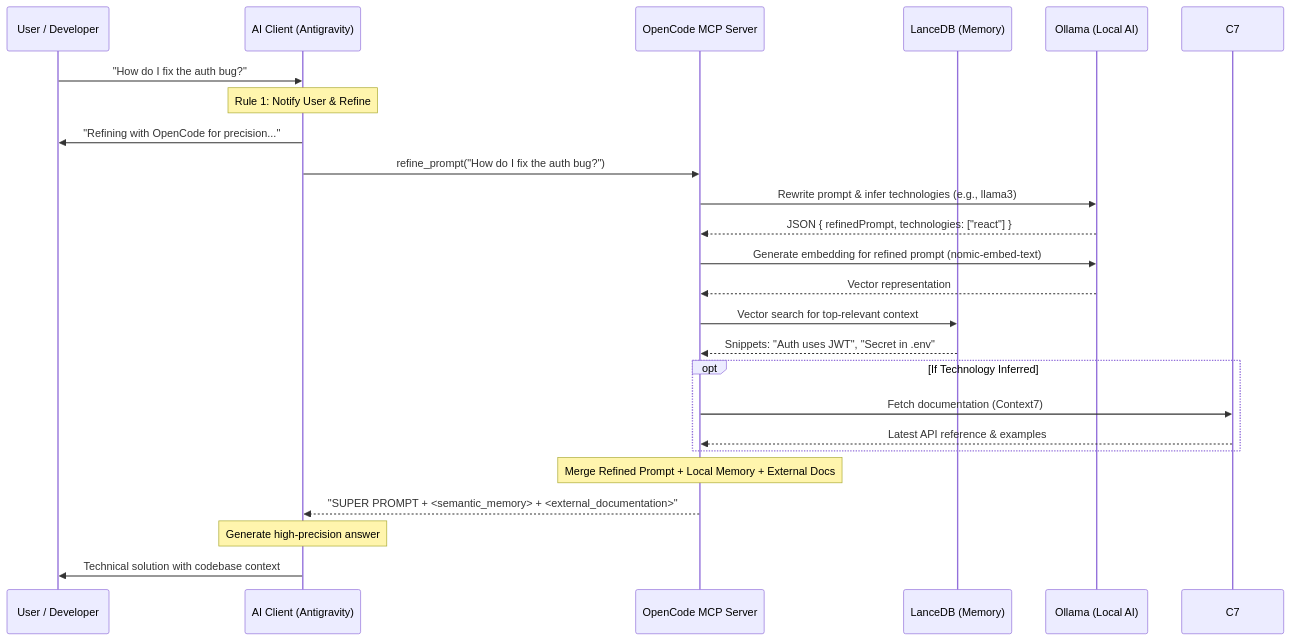
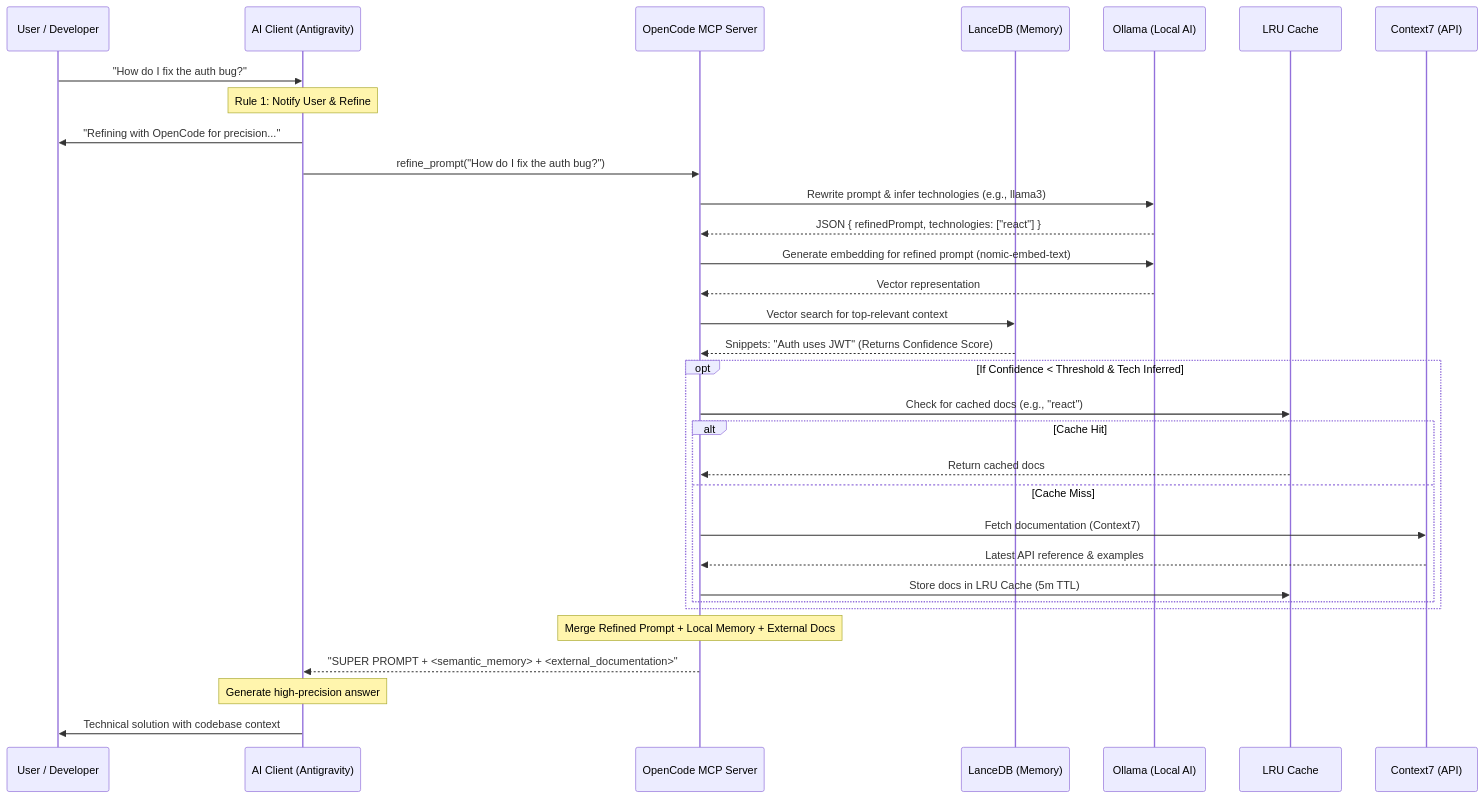
One commit to marlondivino/open-code-as-mcp changed the second of 2 diagrams in README.md. Above: the diagram before and after it, drawn with Mermaid. The commit also changed other lines of this file and 3 other files, not shown here.

````diff
--- a/README.md
+++ b/README.md
@@ -59,33 +62,41 @@
 ```mermaid
 sequenceDiagram
     participant User as User / Developer
     participant AG as AI Client (Antigravity)
     participant OC as OpenCode MCP Server
     participant LDB as LanceDB (Memory)
     participant OLL as Ollama (Local AI)
+    participant Cache as LRU Cache
+    participant C7 as Context7 (API)
 
     User->>AG: "How do I fix the auth bug?"
     Note over AG: Rule 1: Notify User & Refine
     AG->>User: "Refining with OpenCode for precision..."
     AG->>OC: refine_prompt("How do I fix the auth bug?")
 
     OC->>OLL: Rewrite prompt & infer technologies (e.g., llama3)
     OLL-->>OC: JSON { refinedPrompt, technologies: ["react"] }
 
     OC->>OLL: Generate embedding for refined prompt (nomic-embed-text)
     OLL-->>OC: Vector representation
 
     OC->>LDB: Vector search for top-relevant context
-    LDB-->>OC: Snippets: "Auth uses JWT", "Secret in .env"
+    LDB-->>OC: Snippets: "Auth uses JWT" (Returns Confidence Score)
 
-    opt If Technology Inferred
-        OC->>C7: Fetch documentation (Context7)
-        C7-->>OC: Latest API reference & examples
+    opt If Confidence < Threshold & Tech Inferred
+        OC->>Cache: Check for cached docs (e.g., "react")
+        alt Cache Hit
+            Cache-->>OC: Return cached docs
+        else Cache Miss
+            OC->>C7: Fetch documentation (Context7)
+            C7-->>OC: Latest API reference & examples
+            OC->>Cache: Store docs in LRU Cache (5m TTL)
+        end
     end
 
     Note over OC: Merge Refined Prompt + Local Memory + External Docs
     OC-->>AG: "SUPER PROMPT + <semantic_memory> + <external_documentation>"
 
     Note over AG: Generate high-precision answer
     AG->>User: Technical solution with codebase context
 ```
````
